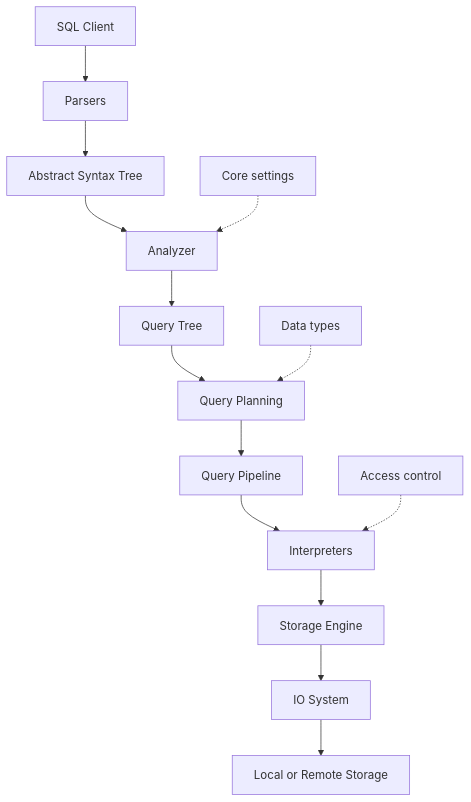
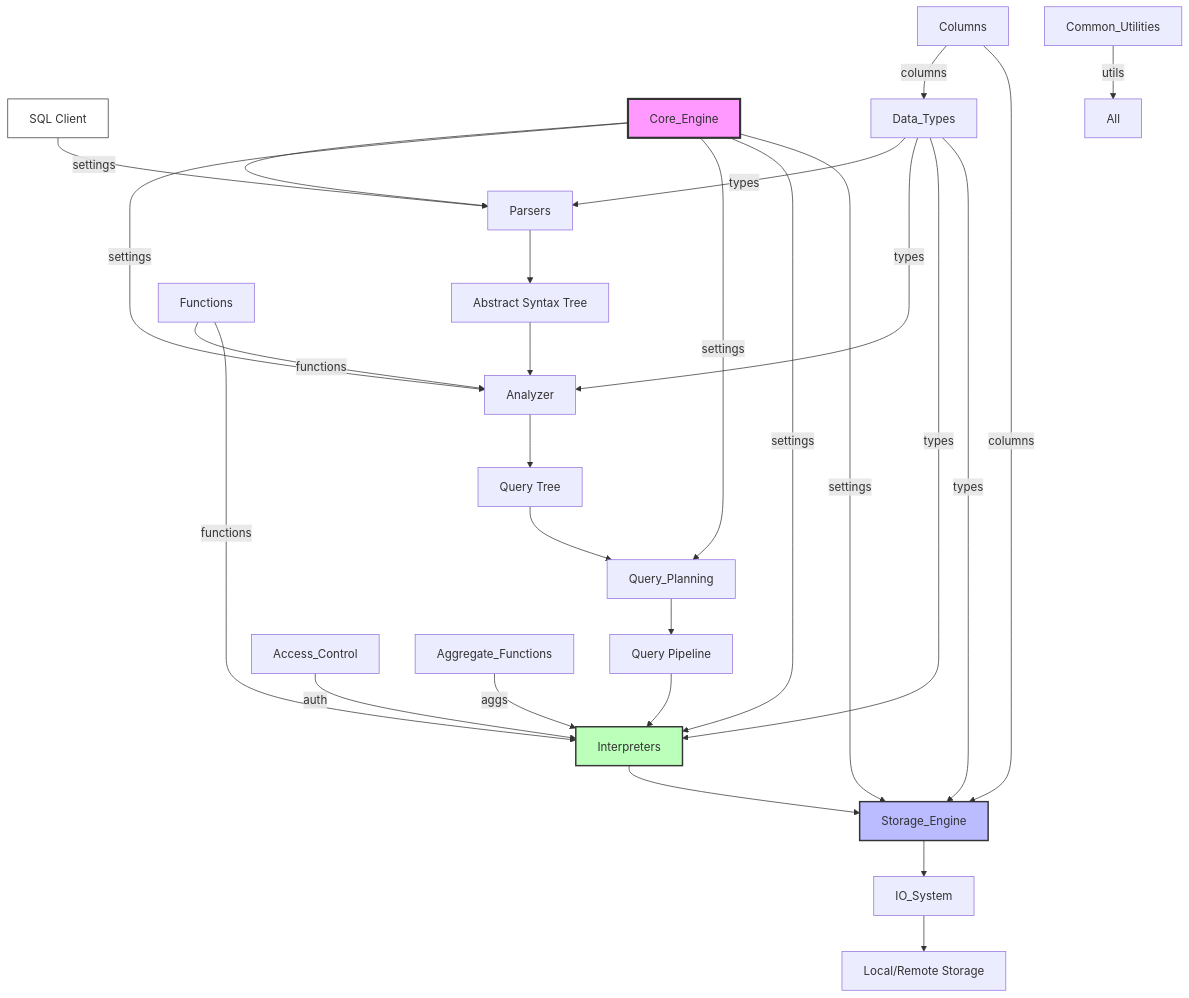
One commit to oOSomnus/RepoWiki changed the diagram in skill/references/few-shots/clickhouse-overview.md. Above: the diagram before and after it, drawn with Mermaid. The commit also changed other lines of this file and 26 other files, not shown here.

````diff
--- a/skill/references/few-shots/clickhouse-overview.md
+++ b/skill/references/few-shots/clickhouse-overview.md
@@ -7,17 +8,36 @@
 ```mermaid
 graph TD
     Client[SQL Client] --> Parsers
     Parsers --> AST[Abstract Syntax Tree]
     AST --> Analyzer
     Analyzer --> QueryTree[Query Tree]
-    QueryTree --> Planning[Query Planning]
-    Planning --> Pipeline[Query Pipeline]
-    Pipeline --> Interpreters
-    Interpreters --> Storage[Storage Engine]
-    Storage --> IO[IO System]
-    IO --> Disk[Local or Remote Storage]
+    QueryTree --> Query_Planning
+    Query_Planning --> QueryPipeline[Query Pipeline]
+    QueryPipeline --> Interpreters
+    Interpreters --> Storage_Engine
+    Storage_Engine --> IO_System
+    IO_System --> Disk[Local/Remote Storage]
 
-    Settings[Core settings] -.-> Analyzer
-    Access[Access control] -.-> Interpreters
-    Types[Data types] -.-> Planning
+    Core_Engine --> |settings| Parsers
+    Core_Engine --> |settings| Analyzer
+    Core_Engine --> |settings| Query_Planning
+    Core_Engine --> |settings| Interpreters
+    Core_Engine --> |settings| Storage_Engine
+
+    Access_Control --> |auth| Interpreters
+    Data_Types --> |types| Parsers
+    Data_Types --> |types| Analyzer
+    Data_Types --> |types| Interpreters
+    Data_Types --> |types| Storage_Engine
+    Columns --> |columns| Data_Types
+    Columns --> |columns| Storage_Engine
+    Functions --> |functions| Analyzer
+    Functions --> |functions| Interpreters
+    Aggregate_Functions --> |aggs| Interpreters
+    Common_Utilities --> |utils| All
+
+    style Client fill:#fff,stroke:#333
+    style Core_Engine fill:#f9f,stroke:#333,stroke-width:3px
+    style Storage_Engine fill:#bbf,stroke:#333,stroke-width:2px
+    style Interpreters fill:#bfb,stroke:#333,stroke-width:2px
 ```
````
